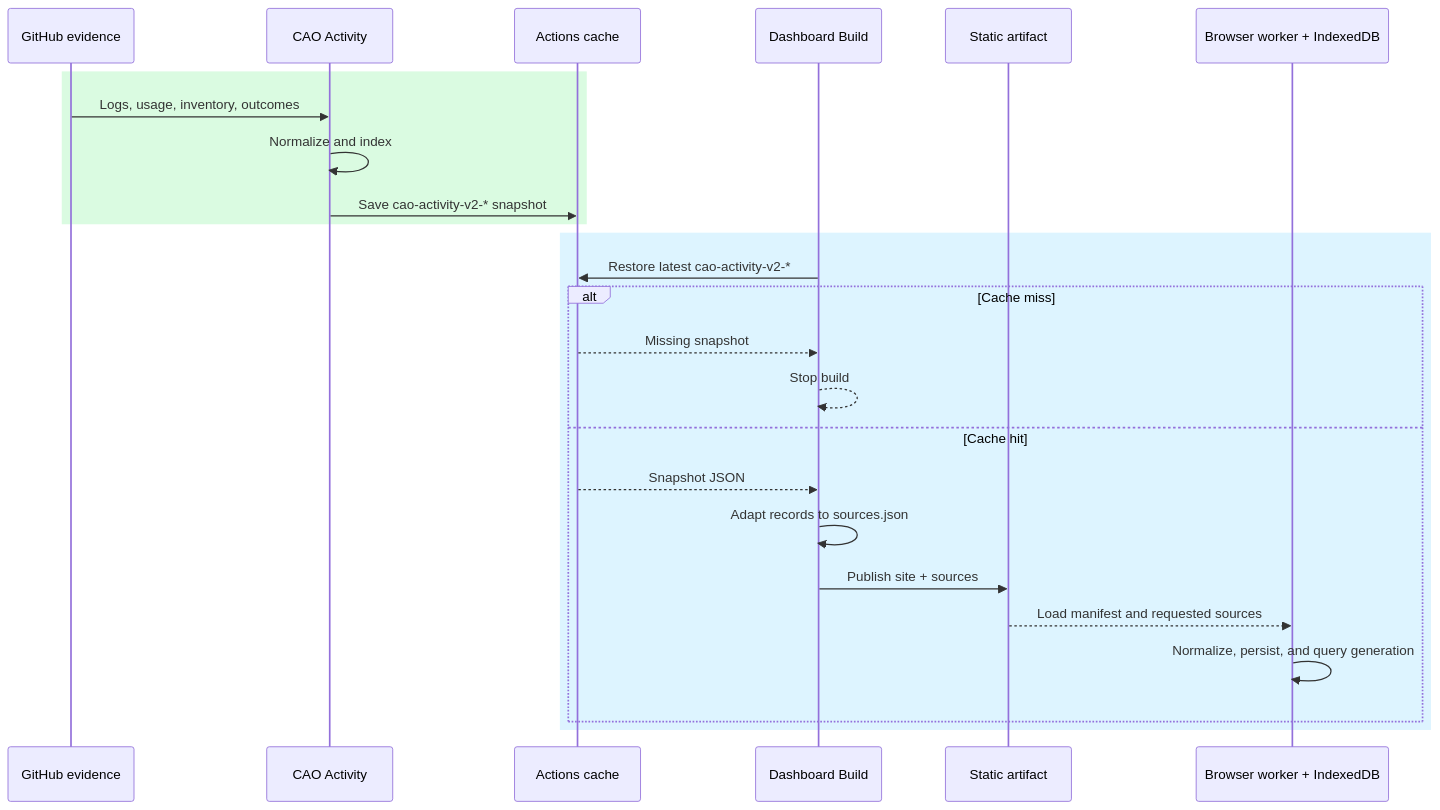
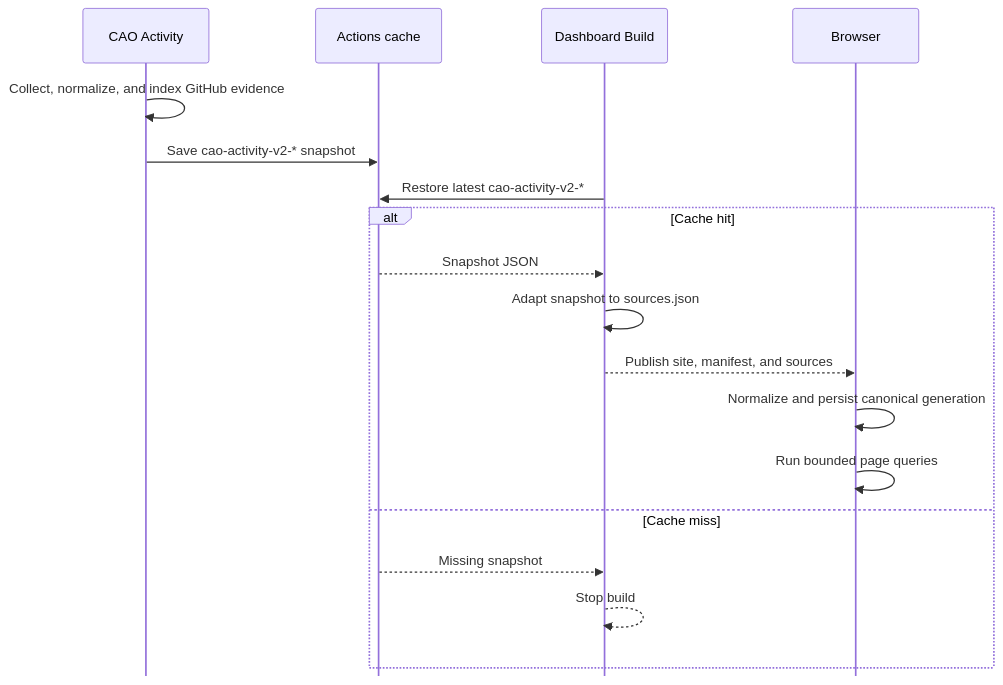
Before and after one commit to githubnext/gh-aw-cao: the diagram in docs/activity.md, drawn with Mermaid.

Commit message:
Update data flow representation

````diff
--- a/docs/activity.md
+++ b/docs/activity.md
@@ -23,29 +23,23 @@
 ```mermaid
+%%{init: {"sequence": {"mirrorActors": false, "actorMargin": 32, "messageMargin": 24}}}%%
 sequenceDiagram
-  participant GitHub as GitHub evidence
   participant Activity as CAO Activity
-    participant Cache as Actions cache
+  participant Cache as Actions cache
   participant Build as Dashboard Build
-  participant Artifact as Static artifact
-  participant Browser as Browser worker + IndexedDB
+  participant Browser as Browser
 
-  rect rgb(218, 251, 225)
-    GitHub->>Activity: Logs, usage, inventory, outcomes
-    Activity->>Activity: Normalize and index
-    Activity->>Cache: Save cao-activity-v2-* snapshot
-  end
+  Activity->>Activity: Collect, normalize, and index GitHub evidence
+  Activity->>Cache: Save cao-activity-v2-* snapshot
 
-  rect rgb(221, 244, 255)
-    Build->>Cache: Restore latest cao-activity-v2-*
-    alt Cache miss
-      Cache-->>Build: Missing snapshot
-      Build-->>Build: Stop build
-    else Cache hit
-      Cache-->>Build: Snapshot JSON
-      Build->>Build: Adapt records to sources.json
-      Build->>Artifact: Publish site + sources
-      Artifact-->>Browser: Load manifest and requested sources
-      Browser->>Browser: Normalize, persist, and query generation
-    end
+  Build->>Cache: Restore latest cao-activity-v2-*
+  alt Cache hit
+    Cache-->>Build: Snapshot JSON
+    Build->>Build: Adapt snapshot to sources.json
+    Build-->>Browser: Publish site, manifest, and sources
+    Browser->>Browser: Normalize and persist canonical generation
+    Browser->>Browser: Run bounded page queries
+  else Cache miss
+    Cache-->>Build: Missing snapshot
+    Build-->>Build: Stop build
     end
 ```
````
